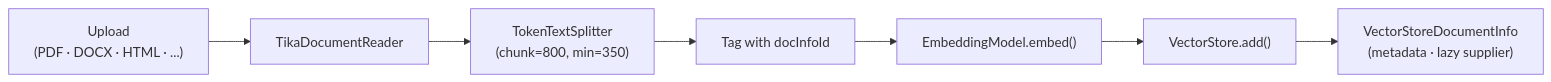
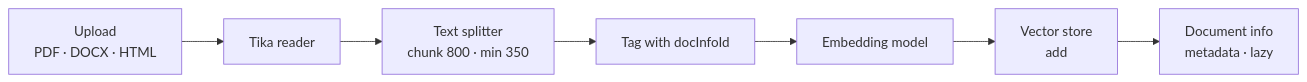
The sixth of 9 diagrams in docs/architecture.md (spring-ai-community/spring-ai-playground), drawn with Mermaid before and after one commit. The commit also changed other lines of this file and 55 other files, not shown here.

Commit message:
docs: add human-in-the-loop pages, refresh architecture and catalog docs, document setup-time preset and exposure drawer

````diff
--- a/docs/architecture.md
+++ b/docs/architecture.md
@@ -189,13 +239,13 @@
 ```mermaid
 flowchart LR
-    UP["Upload<br/>(PDF · DOCX · HTML · ...)"]
-    TIKA["TikaDocumentReader"]
-    SPLIT["TokenTextSplitter<br/>(chunk=800, min=350)"]
+    UP["Upload<br/>PDF · DOCX · HTML"]
+    TIKA["Tika reader"]
+    SPLIT["Text splitter<br/>chunk 800 · min 350"]
     TAG["Tag with docInfoId"]
-    EMBED["EmbeddingModel.embed()"]
-    STORE["VectorStore.add()"]
-    DI["VectorStoreDocumentInfo<br/>(metadata · lazy supplier)"]
+    EMBED["Embedding model"]
+    STORE["Vector store<br/>add"]
+    DI["Document info<br/>metadata · lazy"]
 
     UP --> TIKA --> SPLIT --> TAG --> EMBED --> STORE
     STORE --> DI
 ```
````
